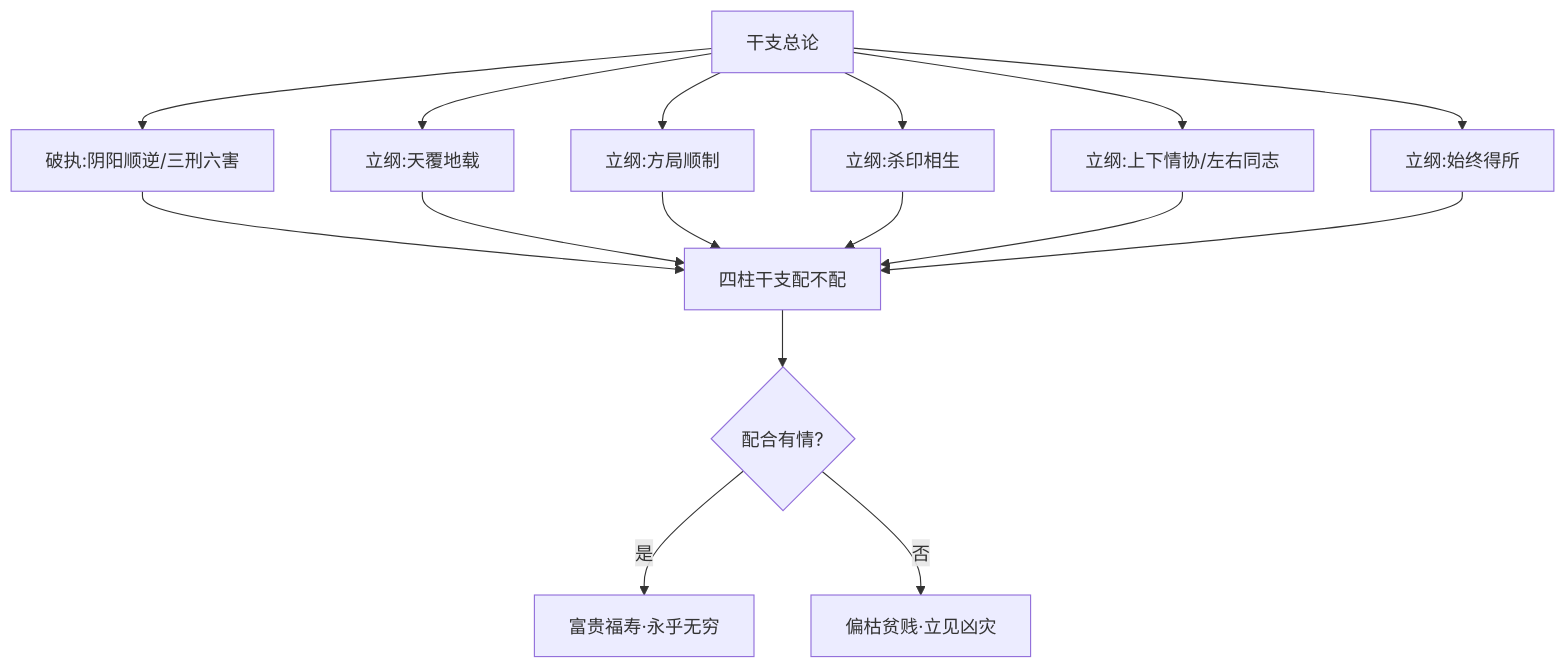
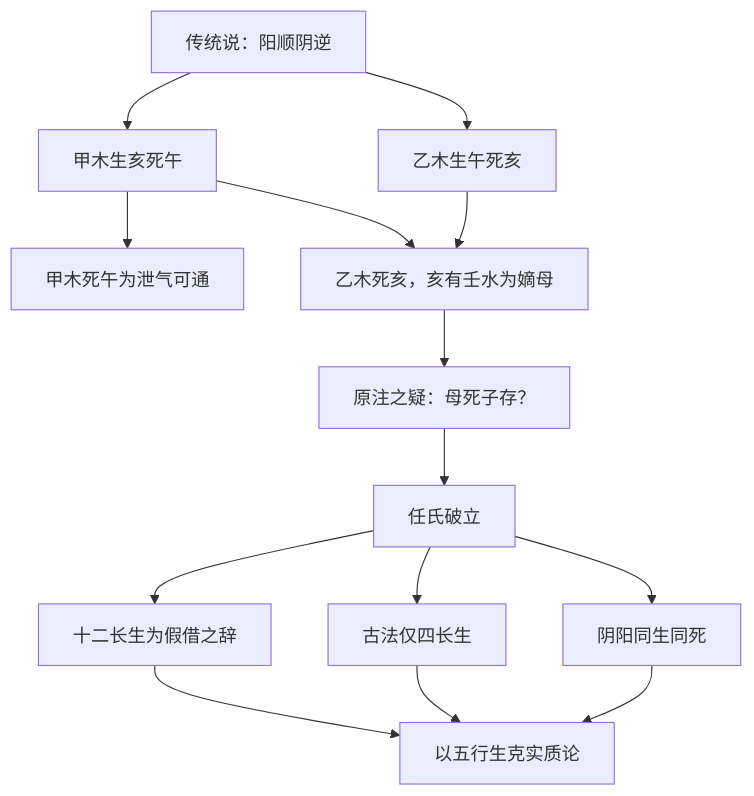
The first of 2 diagrams in books/滴天髓阐微/articles/干支总论/interpretation.md (Banny-Gao/mingli-research), drawn with Mermaid before and after one commit. The commit also changed other lines of this file and 1 other file, not shown here.

````diff
--- a/books/滴天髓阐微/articles/干支总论/interpretation.md
+++ b/books/滴天髓阐微/articles/干支总论/interpretation.md
@@ -1049,18 +39,16 @@
 ```mermaid
 flowchart TD
-    A[干支总论] --> B[破执:阴阳顺逆/三刑六害]
-    A --> C[立纲:天覆地载]
-    A --> D[立纲:方局顺制]
-    A --> E[立纲:杀印相生]
-    A --> F[立纲:上下情协/左右同志]
-    A --> G[立纲:始终得所]
-    B --> H[四柱干支配不配]
-    C --> H
-    D --> H
-    E --> H
-    F --> H
-    G --> H
-    H --> I{配合有情?}
-    I -->|是| J[富贵福寿·永乎无穷]
-    I -->|否| K[偏枯贫贱·立见凶灾]
+A[传统说：阳顺阴逆] --> B[甲木生亥死午]
+A --> C[乙木生午死亥]
+B --> D[甲木死午为泄气可通]
+B --> E[乙木死亥，亥有壬水为嫡母]
+C --> E
+E --> F[原注之疑：母死子存？]
+F --> G[任氏破立]
+G --> H[十二长生为假借之辞]
+G --> I[古法仅四长生]
+G --> J[阴阳同生同死]
+H --> K[以五行生克实质论]
+I --> K
+J --> K
 ```
````
